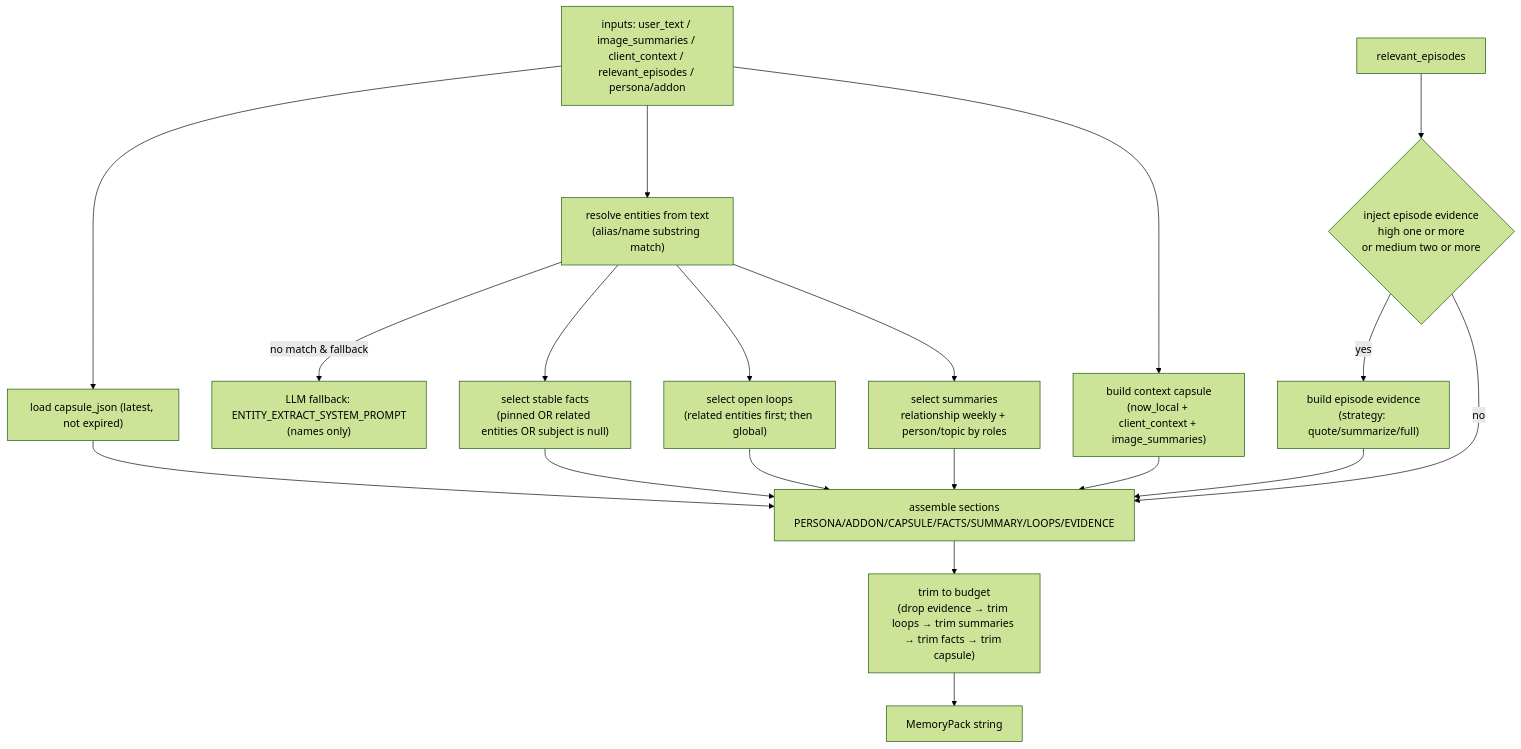
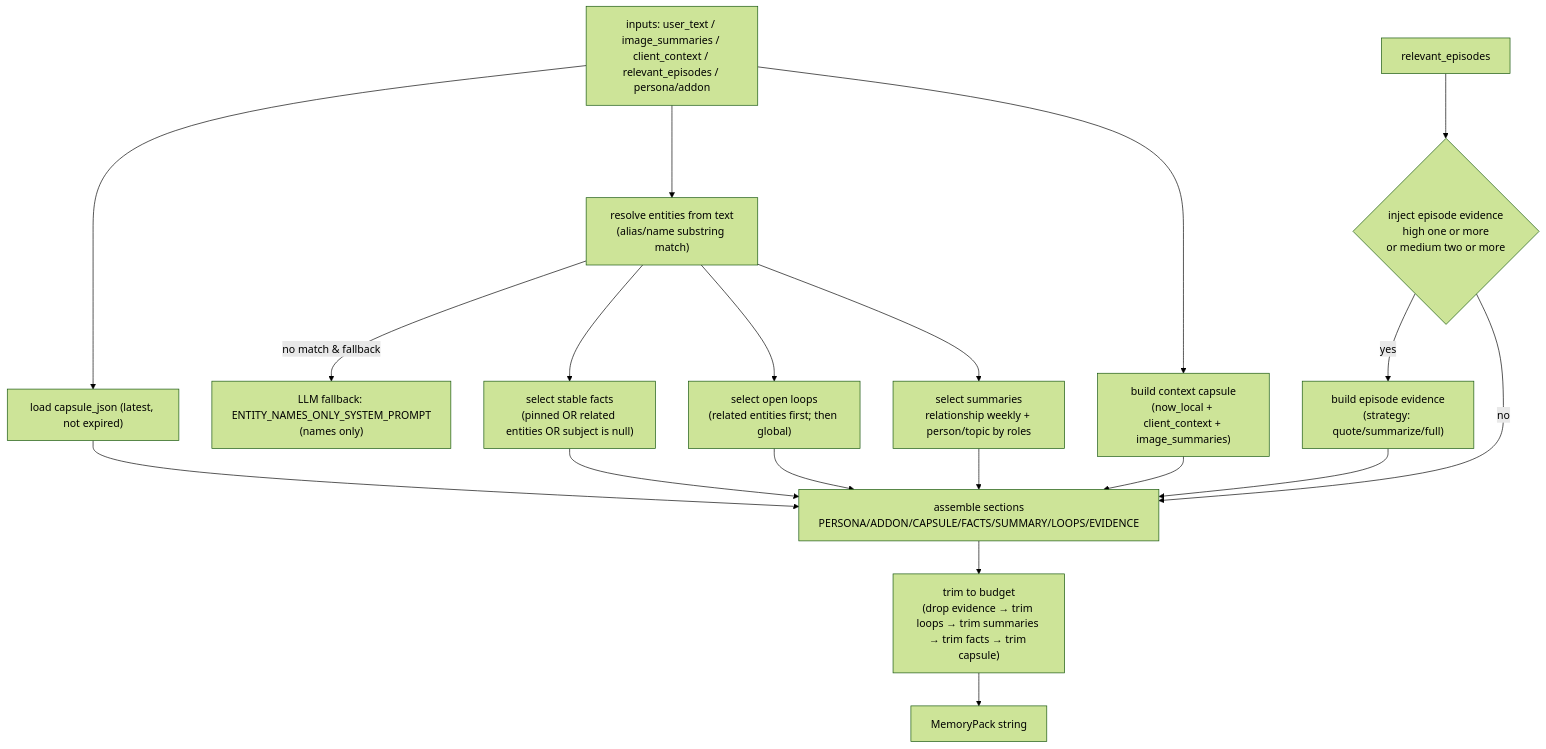
One commit to hirona98/cocoro_ghost changed the second of 4 diagrams in docs/prompt_usage_map.md. Above: the diagram before and after it, drawn with Mermaid (forest theme). The commit also changed other lines of this file and 6 other files, not shown here.

````diff
--- a/docs/prompt_usage_map.md
+++ b/docs/prompt_usage_map.md
@@ -90,21 +91,21 @@
 ```mermaid
 flowchart TD
   IN["inputs: user_text / image_summaries / client_context / relevant_episodes / persona/addon"] --> CAPDB["load capsule_json (latest, not expired)"]
   IN --> ENT["resolve entities from text\n(alias/name substring match)"]
-  ENT -->|no match & fallback| ENTFB["LLM fallback: ENTITY_EXTRACT_SYSTEM_PROMPT\n(names only)"]
+  ENT -->|no match & fallback| ENTFB["LLM fallback: ENTITY_NAMES_ONLY_SYSTEM_PROMPT\n(names only)"]
   ENT --> FACTS["select stable facts\n(pinned OR related entities OR subject is null)"]
   ENT --> LOOPS["select open loops\n(related entities first; then global)"]
   ENT --> SUM["select summaries\nrelationship weekly + person/topic by roles"]
   IN --> CC["build context capsule\n(now_local + client_context + image_summaries)"]
   REL["relevant_episodes"] --> DEC{"inject episode evidence\nhigh one or more\nor medium two or more"}
   DEC -->|yes| EVI["build episode evidence\n(strategy: quote/summarize/full)"]
   DEC -->|no| ASM
   CAPDB --> ASM["assemble sections\nPERSONA/ADDON/CAPSULE/FACTS/SUMMARY/LOOPS/EVIDENCE"]
   FACTS --> ASM
   LOOPS --> ASM
   SUM --> ASM
   CC --> ASM
   EVI --> ASM
   ASM --> TRIM["trim to budget\n(drop evidence → trim loops → trim summaries → trim facts → trim capsule)"]
   TRIM --> OUT["MemoryPack string"]
 ```
````
